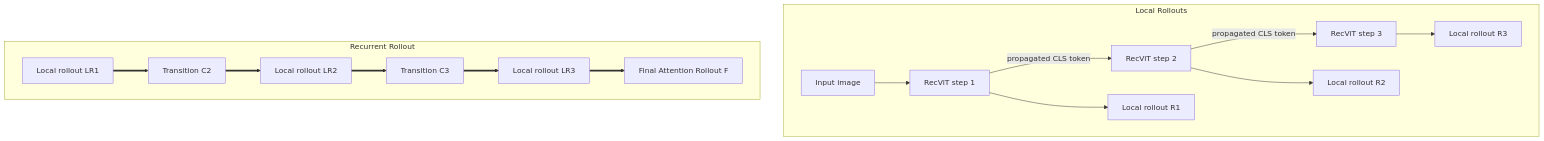
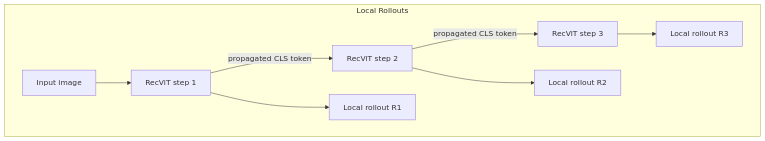
Before and after one commit to m-shaforostov/rec-vit-attention-rollout: the first of 2 diagrams in README.md, drawn with Mermaid.

Commit message:
separate subgraphs .me

````diff
--- a/README.md
+++ b/README.md
@@ -64,23 +64,12 @@
 ```mermaid
 flowchart TB
     subgraph Local Rollouts
     I["Input image"] --> S1["RecViT step 1"]
     S1 -->|"propagated CLS token"| S2["RecViT step 2"]
     S2 -->|"propagated CLS token"| S3["RecViT step 3"]
 
     S1 --> R1["Local rollout R1"]
     S2 --> R2["Local rollout R2"]
     S3 --> R3["Local rollout R3"]
     end
-    
-    subgraph Recurrent Rollout
-    LR1["Local rollout LR1"]
-    LR2["Local rollout LR2"]
-    LR3["Local rollout LR3"]
-    LR1 ==> C2["Transition C2"]
-    C2 ==> LR2
-    LR2 ==> C3["Transition C3"]
-    C3 ==> LR3
-    LR3 ==> F["Final Attention Rollout F"]
-    end
 ```
````
